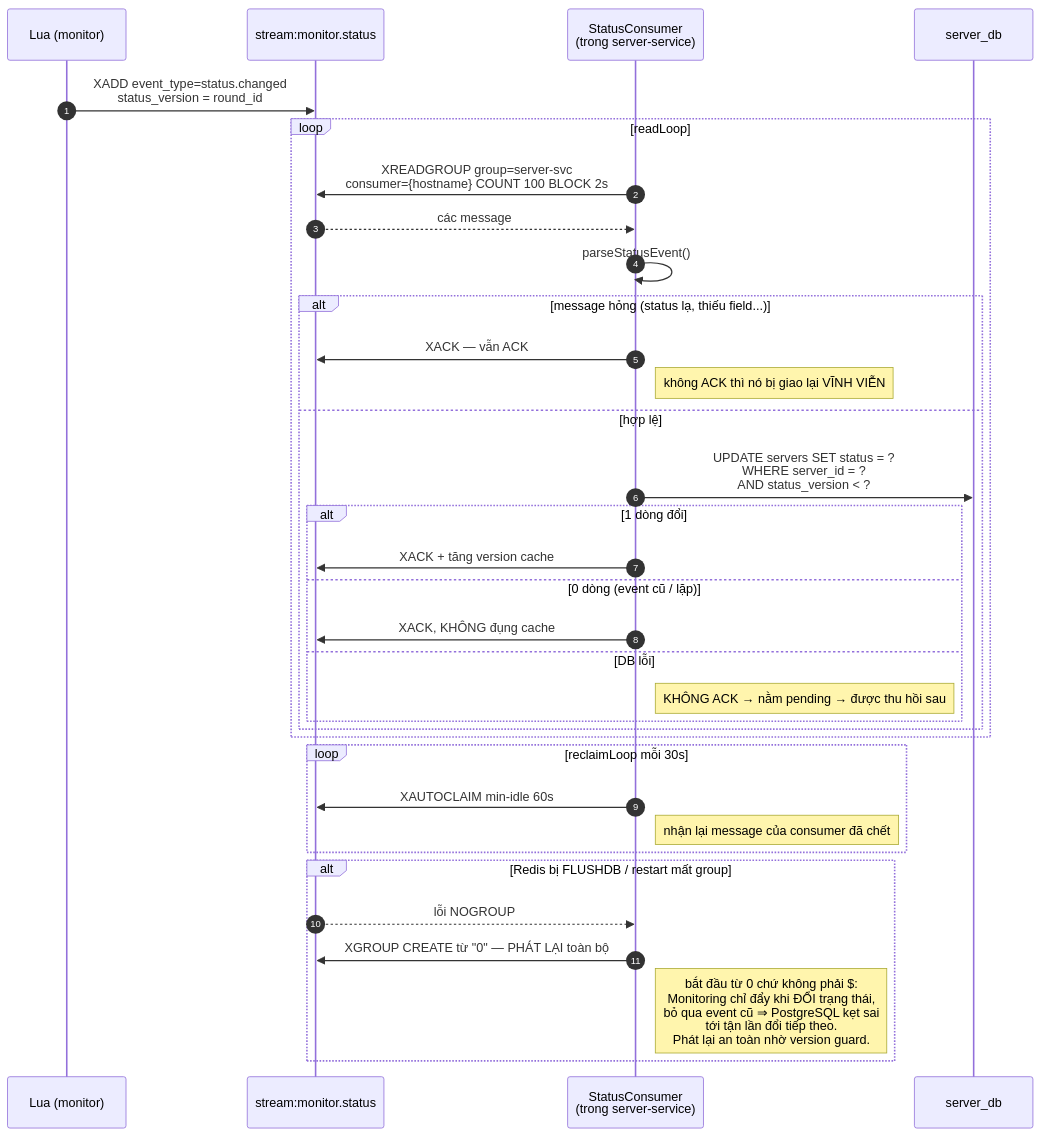
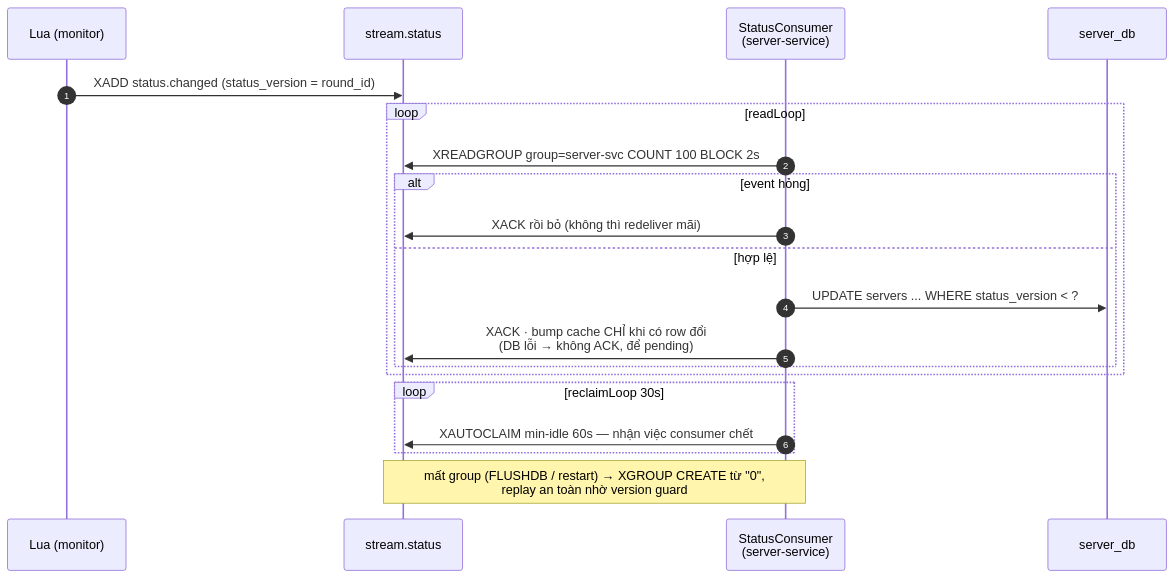
Before and after one commit to dwchwang/sms_microservice: the fourth of 9 diagrams in .claude/diagrams/sequence-diagrams.md, drawn with Mermaid. The commit also changed other lines of this file and 4 other files, not shown here.

Commit message:
Refactor sequence diagrams and documentation for clarity and accuracy

````diff
--- a/.claude/diagrams/sequence-diagrams.md
+++ b/.claude/diagrams/sequence-diagrams.md
@@ -186,41 +112,23 @@
 ```mermaid
 sequenceDiagram
     autonumber
     participant L as Lua (monitor)
-    participant ST as stream:monitor.status
-    participant C as StatusConsumer<br/>(trong server-service)
+    participant ST as stream.status
+    participant C as StatusConsumer<br/>(server-service)
     participant PG as server_db
 
-    L->>ST: XADD event_type=status.changed<br/>status_version = round_id
-
+    L->>ST: XADD status.changed (status_version = round_id)
     loop readLoop
-        C->>ST: XREADGROUP group=server-svc<br/>consumer={hostname} COUNT 100 BLOCK 2s
-        ST-->>C: các message
-
-        C->>C: parseStatusEvent()
-        alt message hỏng (status lạ, thiếu field...)
-            C->>ST: XACK — vẫn ACK
-            note right of C: không ACK thì nó bị giao lại VĨNH VIỄN
+        C->>ST: XREADGROUP group=server-svc COUNT 100 BLOCK 2s
+        alt event hỏng
+            C->>ST: XACK rồi bỏ (không thì redeliver mãi)
         else hợp lệ
-            C->>PG: UPDATE servers SET status = ?<br/>WHERE server_id = ?<br/>AND status_version < ?
-            alt 1 dòng đổi
-                C->>ST: XACK + tăng version cache
-            else 0 dòng (event cũ / lặp)
-                C->>ST: XACK, KHÔNG đụng cache
-            else DB lỗi
-                note right of C: KHÔNG ACK → nằm pending → được thu hồi sau
-            end
+            C->>PG: UPDATE servers ... WHERE status_version < ?
+            C->>ST: XACK · bump cache CHỈ khi có row đổi<br/>(DB lỗi → không ACK, để pending)
         end
     end
-
-    loop reclaimLoop mỗi 30s
-        C->>ST: XAUTOCLAIM min-idle 60s
-        note right of C: nhận lại message của consumer đã chết
+    loop reclaimLoop 30s
+        C->>ST: XAUTOCLAIM min-idle 60s — nhận việc consumer chết
     end
-
-    alt Redis bị FLUSHDB / restart mất group
-        ST-->>C: lỗi NOGROUP
-        C->>ST: XGROUP CREATE từ "0" — PHÁT LẠI toàn bộ
-        note right of C: bắt đầu từ 0 chứ không phải $:<br/>Monitoring chỉ đẩy khi ĐỔI trạng thái,<br/>bỏ qua event cũ ⇒ PostgreSQL kẹt sai<br/>tới tận lần đổi tiếp theo.<br/>Phát lại an toàn nhờ version guard.
-    end
+    note over C,ST: mất group (FLUSHDB / restart) → XGROUP CREATE từ "0",<br/>replay an toàn nhờ version guard
 ```
````
